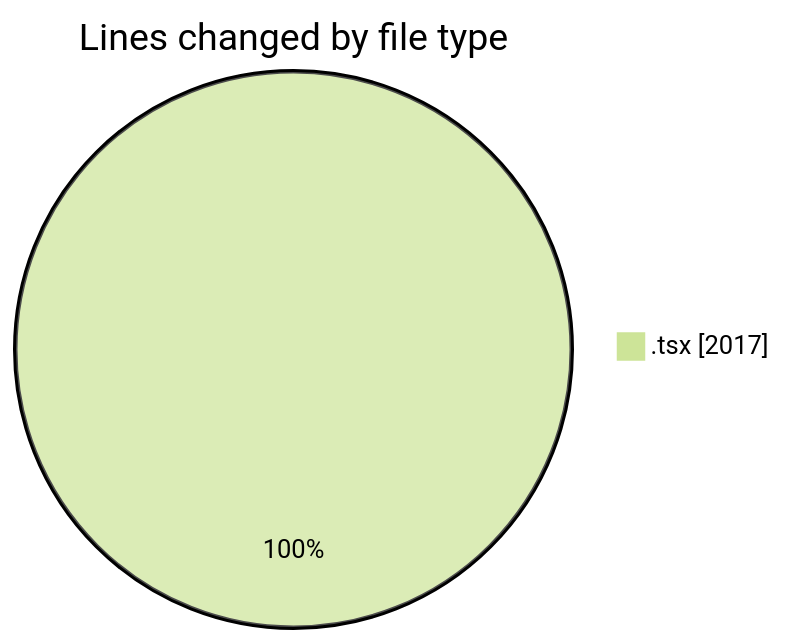
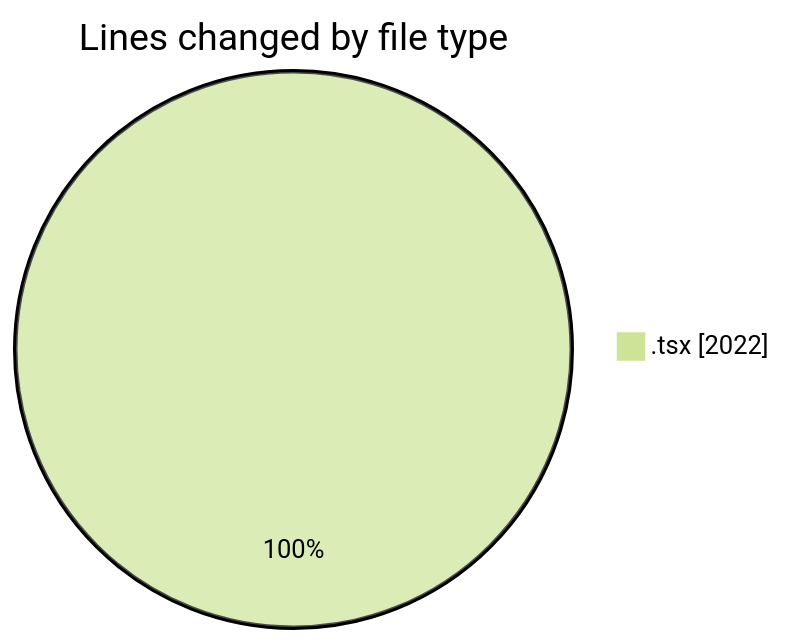
The first of 2 diagrams in 2025-06-12/cda/README.md (momahboobian/code-tracking), drawn with Mermaid (forest theme) before and after one commit. The commit also changed other lines of this file and 1 other file, not shown here.

````diff
--- a/2025-06-12/cda/README.md
+++ b/2025-06-12/cda/README.md
@@ -23,5 +23,5 @@
 ```mermaid
 pie showData
 title Lines changed by file type
-".tsx" : 2017
+".tsx" : 2022
 ```
````
